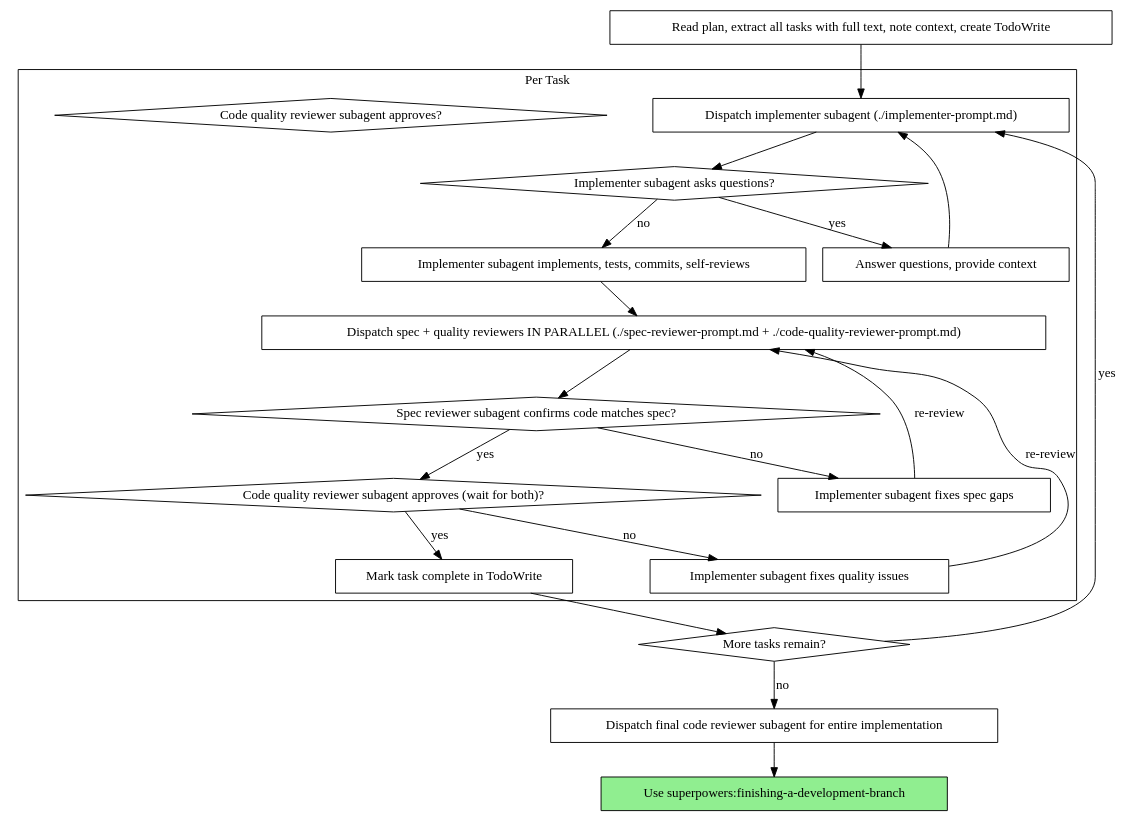
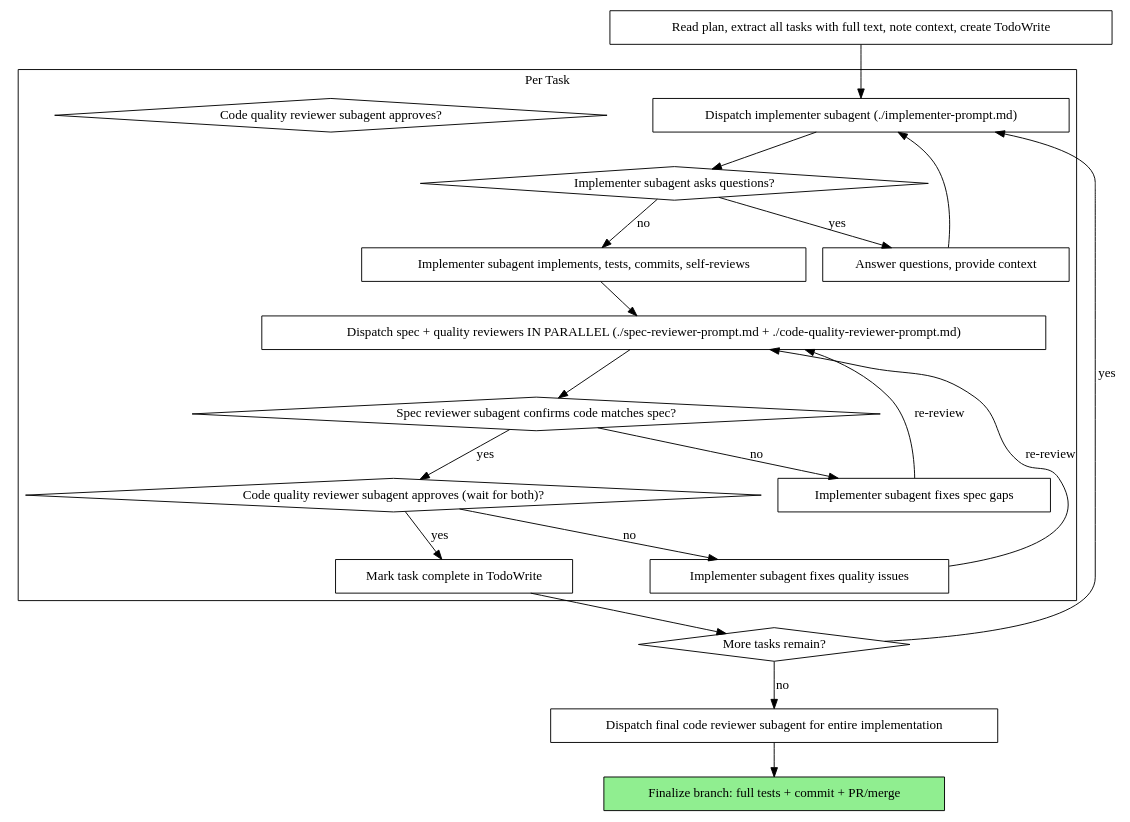
One commit to newkayak12/claude-skills changed the diagram in agents/skills/subagent-driven-development/SKILL.md. Above: the diagram before and after it, drawn with Graphviz. The commit also changed other lines of this file and 6 other files, not shown here.

First line of the commit message:
feat(agents): finish subagent-driven-development de-dup (cluster-B #7)

````diff
--- a/agents/skills/subagent-driven-development/SKILL.md
+++ b/agents/skills/subagent-driven-development/SKILL.md
@@ -41,43 +41,43 @@
 ```dot
 digraph process {
     rankdir=TB;
 
     subgraph cluster_per_task {
         label="Per Task";
         "Dispatch implementer subagent (./implementer-prompt.md)" [shape=box];
         "Implementer subagent asks questions?" [shape=diamond];
         "Answer questions, provide context" [shape=box];
         "Implementer subagent implements, tests, commits, self-reviews" [shape=box];
         "Dispatch spec + quality reviewers IN PARALLEL (./spec-reviewer-prompt.md + ./code-quality-reviewer-prompt.md)" [shape=box];
         "Spec reviewer subagent confirms code matches spec?" [shape=diamond];
         "Implementer subagent fixes spec gaps" [shape=box];
         "Code quality reviewer subagent approves (wait for both)?" [shape=diamond];
         "Code quality reviewer subagent approves?" [shape=diamond];
         "Implementer subagent fixes quality issues" [shape=box];
         "Mark task complete in TodoWrite" [shape=box];
     }
 
     "Read plan, extract all tasks with full text, note context, create TodoWrite" [shape=box];
     "More tasks remain?" [shape=diamond];
     "Dispatch final code reviewer subagent for entire implementation" [shape=box];
-    "Use superpowers:finishing-a-development-branch" [shape=box style=filled fillcolor=lightgreen];
+    "Finalize branch: full tests + commit + PR/merge" [shape=box style=filled fillcolor=lightgreen];
 
     "Read plan, extract all tasks with full text, note context, create TodoWrite" -> "Dispatch implementer subagent (./implementer-prompt.md)";
     "Dispatch implementer subagent (./implementer-prompt.md)" -> "Implementer subagent asks questions?";
     "Implementer subagent asks questions?" -> "Answer questions, provide context" [label="yes"];
     "Answer questions, provide context" -> "Dispatch implementer subagent (./implementer-prompt.md)";
     "Implementer subagent asks questions?" -> "Implementer subagent implements, tests, commits, self-reviews" [label="no"];
     "Implementer subagent implements, tests, commits, self-reviews" -> "Dispatch spec + quality reviewers IN PARALLEL (./spec-reviewer-prompt.md + ./code-quality-reviewer-prompt.md)";
     "Dispatch spec + quality reviewers IN PARALLEL (./spec-reviewer-prompt.md + ./code-quality-reviewer-prompt.md)" -> "Spec reviewer subagent confirms code matches spec?";
     "Spec reviewer subagent confirms code matches spec?" -> "Implementer subagent fixes spec gaps" [label="no"];
     "Implementer subagent fixes spec gaps" -> "Dispatch spec + quality reviewers IN PARALLEL (./spec-reviewer-prompt.md + ./code-quality-reviewer-prompt.md)" [label="re-review"];
     "Spec reviewer subagent confirms code matches spec?" -> "Code quality reviewer subagent approves (wait for both)?" [label="yes"];
     "Code quality reviewer subagent approves (wait for both)?" -> "Implementer subagent fixes quality issues" [label="no"];
     "Implementer subagent fixes quality issues" -> "Dispatch spec + quality reviewers IN PARALLEL (./spec-reviewer-prompt.md + ./code-quality-reviewer-prompt.md)" [label="re-review"];
     "Code quality reviewer subagent approves (wait for both)?" -> "Mark task complete in TodoWrite" [label="yes"];
     "Mark task complete in TodoWrite" -> "More tasks remain?";
     "More tasks remain?" -> "Dispatch implementer subagent (./implementer-prompt.md)" [label="yes"];
     "More tasks remain?" -> "Dispatch final code reviewer subagent for entire implementation" [label="no"];
-    "Dispatch final code reviewer subagent for entire implementation" -> "Use superpowers:finishing-a-development-branch";
+    "Dispatch final code reviewer subagent for entire implementation" -> "Finalize branch: full tests + commit + PR/merge";
 }
 ```
````
